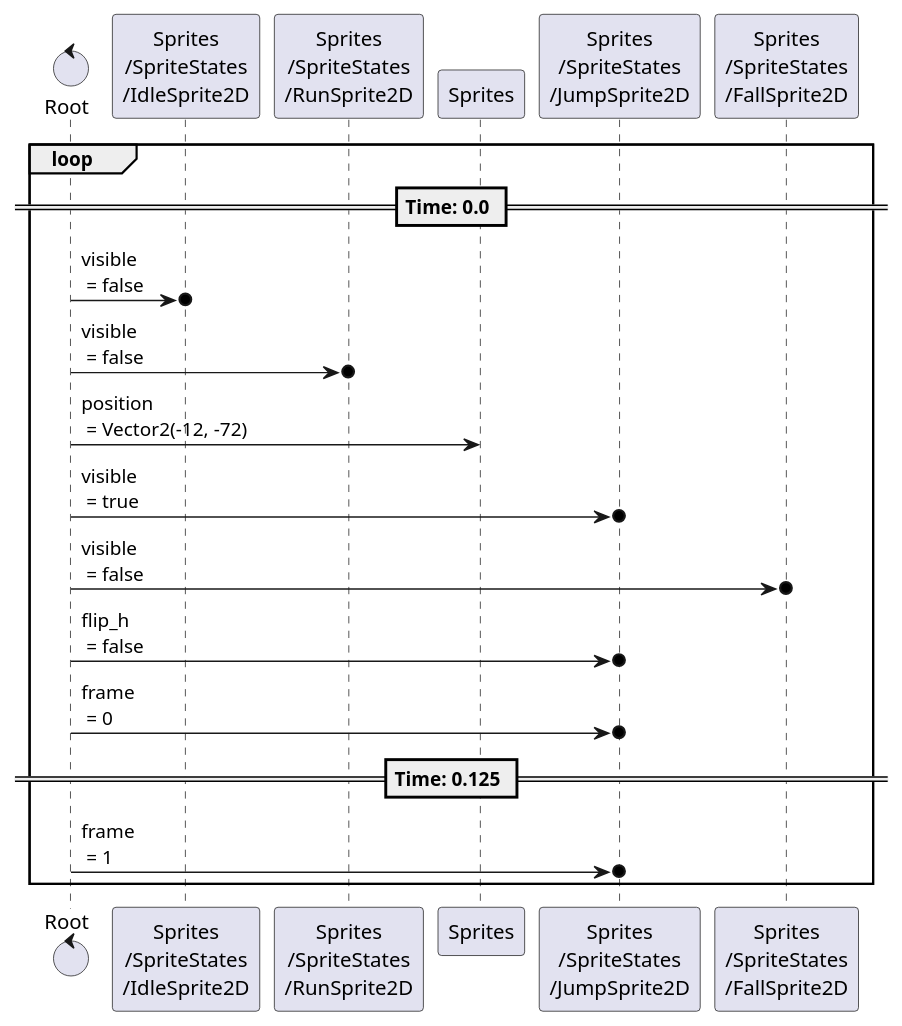
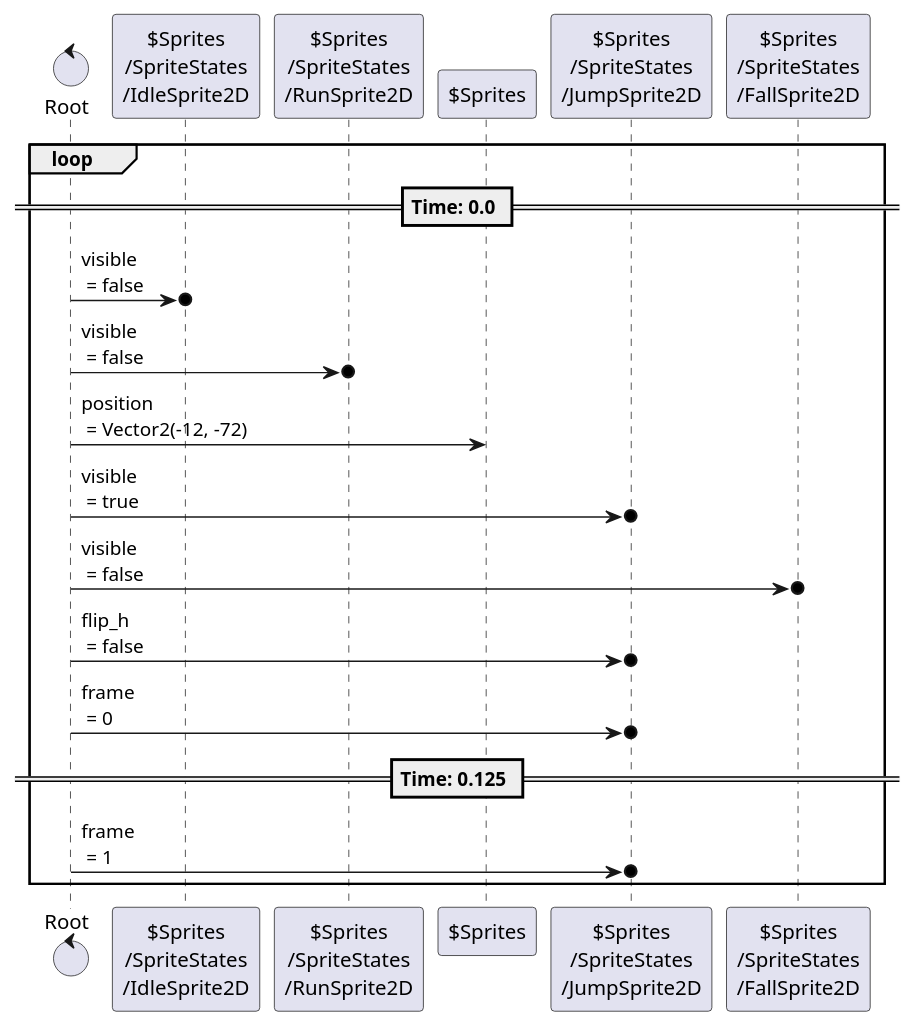
Before and after one commit to tkmfujise/Platformer-Game-Learning: the sixth of 11 diagrams in content/scenes/src/player/player.tscn.adoc, drawn with PlantUML. The commit also changed other lines of this file and 31 other files, not shown here.

Commit message:
Add prefix $ to node name in animation sequences

```diff
--- a/content/scenes/src/player/player.tscn.adoc
+++ b/content/scenes/src/player/player.tscn.adoc
@@ -402,24 +402,24 @@
 [plantuml]
 ....
-control "Root" as Root
-participant "Sprites\n/SpriteStates\n/IdleSprite2D" as T0
-participant "Sprites\n/SpriteStates\n/RunSprite2D" as T1
-participant "Sprites" as T2
-participant "Sprites\n/SpriteStates\n/JumpSprite2D" as T3
-participant "Sprites\n/SpriteStates\n/FallSprite2D" as T4
+control "Root" as R
+participant "$Sprites\n/SpriteStates\n/IdleSprite2D" as T0
+participant "$Sprites\n/SpriteStates\n/RunSprite2D" as T1
+participant "$Sprites" as T2
+participant "$Sprites\n/SpriteStates\n/JumpSprite2D" as T3
+participant "$Sprites\n/SpriteStates\n/FallSprite2D" as T4
 
 
 loop
 == Time: 0.0 ==
-Root  ->o  T0 : visible\n = false
-Root  ->o  T1 : visible\n = false
-Root  ->  T2 : position\n = Vector2(-12, -72)
-Root  ->o  T3 : visible\n = true
-Root  ->o  T4 : visible\n = false
-Root  ->o  T3 : flip_h\n = false
-Root  ->o  T3 : frame\n = 0
+R  ->o  T0 : visible\n = false
+R  ->o  T1 : visible\n = false
+R  ->  T2 : position\n = Vector2(-12, -72)
+R  ->o  T3 : visible\n = true
+R  ->o  T4 : visible\n = false
+R  ->o  T3 : flip_h\n = false
+R  ->o  T3 : frame\n = 0
 == Time: 0.125 ==
-Root  ->o  T3 : frame\n = 1
+R  ->o  T3 : frame\n = 1
 
 end
 ....
```
